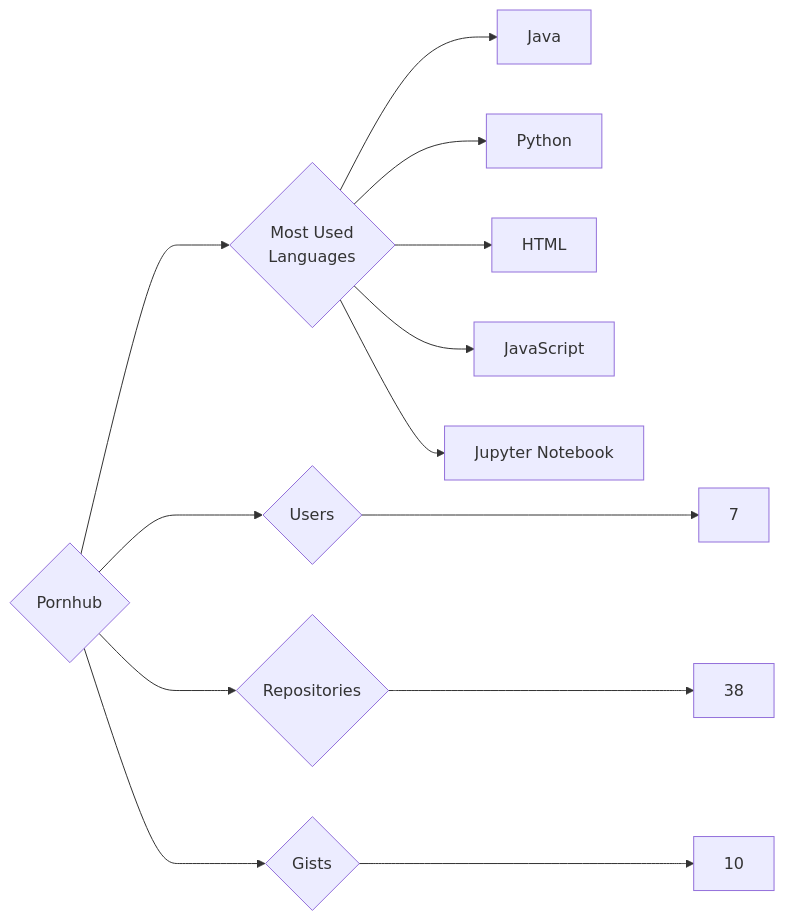
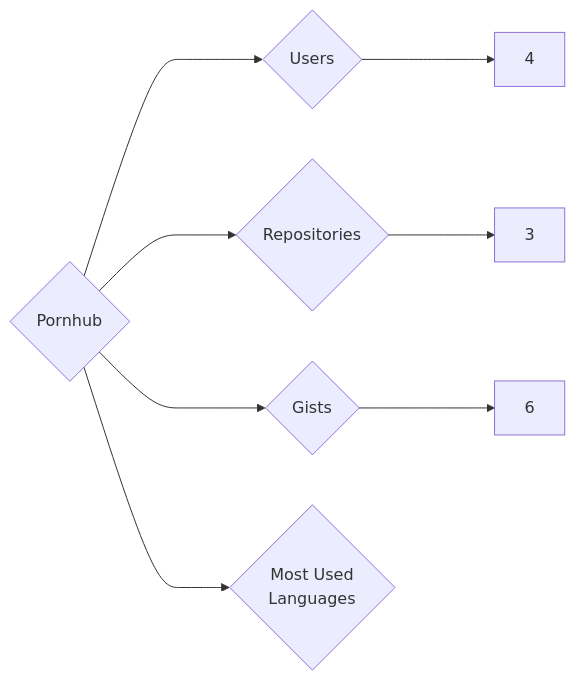
Before and after one commit to trickest/insiders: the diagram in targets/Pornhub/README.md, drawn with Mermaid. The commit also changed 964 other files, not shown here.

````diff
--- a/targets/Pornhub/README.md
+++ b/targets/Pornhub/README.md
@@ -3,13 +3,8 @@
 ```mermaid
 graph LR
 COMPANY_NAME{Pornhub}
-COMPANY_NAME ---> U{Users} ---> UN[7]
-COMPANY_NAME ---> R{Repositories} ---> RN[38]
-COMPANY_NAME ---> G{Gists} ---> GN[10]
+COMPANY_NAME ---> U{Users} ---> UN[4]
+COMPANY_NAME ---> R{Repositories} ---> RN[3]
+COMPANY_NAME ---> G{Gists} ---> GN[6]
 COMPANY_NAME ---> ML{Most Used<br>Languages}
-ML --> Java[Java]
-ML --> Python[Python]
-ML --> HTML[HTML]
-ML --> JavaScript[JavaScript]
-ML --> Jupyter_Notebook[Jupyter Notebook]
 ```
````
